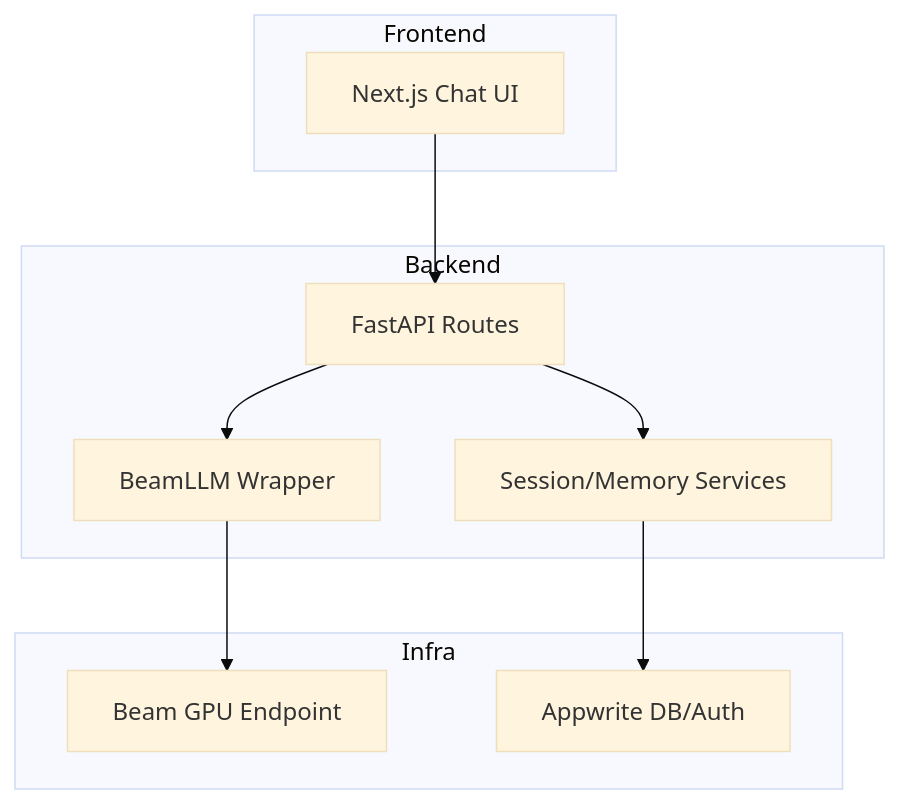
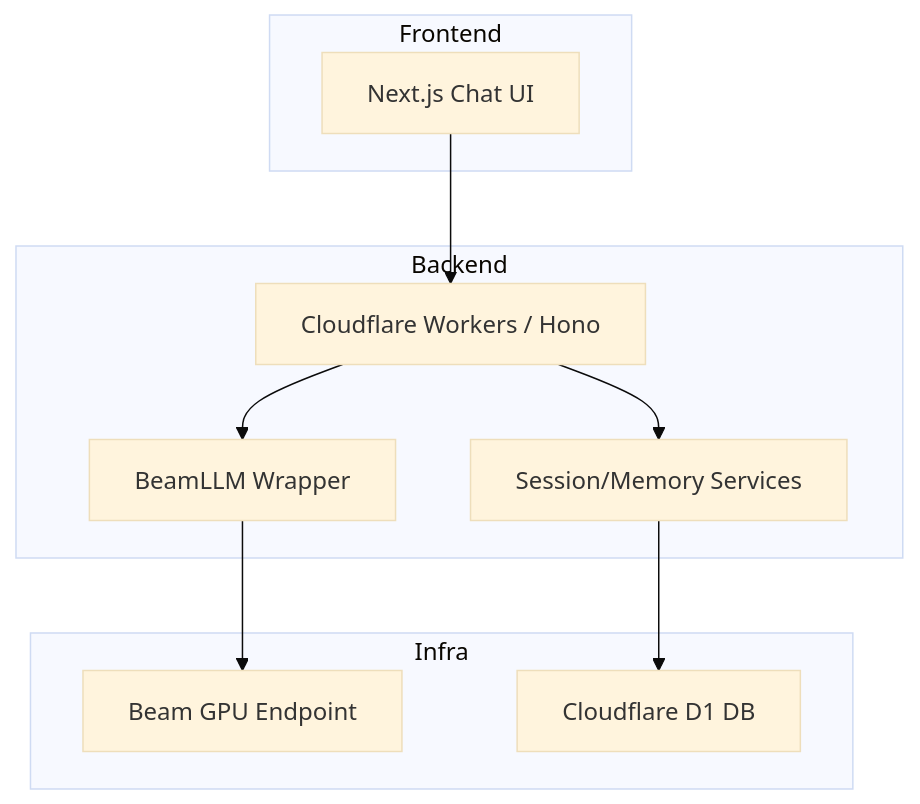
The diagram in README.md (Nandan-D14/TheChatBot), drawn with Mermaid (base theme) before and after one commit. The commit also changed other lines of this file and 26 other files, not shown here.

````diff
--- a/README.md
+++ b/README.md
@@ -39,23 +40,23 @@
 ```mermaid
 graph TB
   subgraph Frontend
     UI[Next.js Chat UI]
   end
 
   subgraph Backend
-    API[FastAPI Routes]
+    API[Cloudflare Workers / Hono]
     LLM[BeamLLM Wrapper]
     MEM[Session/Memory Services]
   end
 
   subgraph Infra
     BEAM[Beam GPU Endpoint]
-    APPWRITE[Appwrite DB/Auth]
+    D1[Cloudflare D1 DB]
   end
 
   UI --> API
   API --> LLM
   API --> MEM
   LLM --> BEAM
-  MEM --> APPWRITE
+  MEM --> D1
 ```
````
